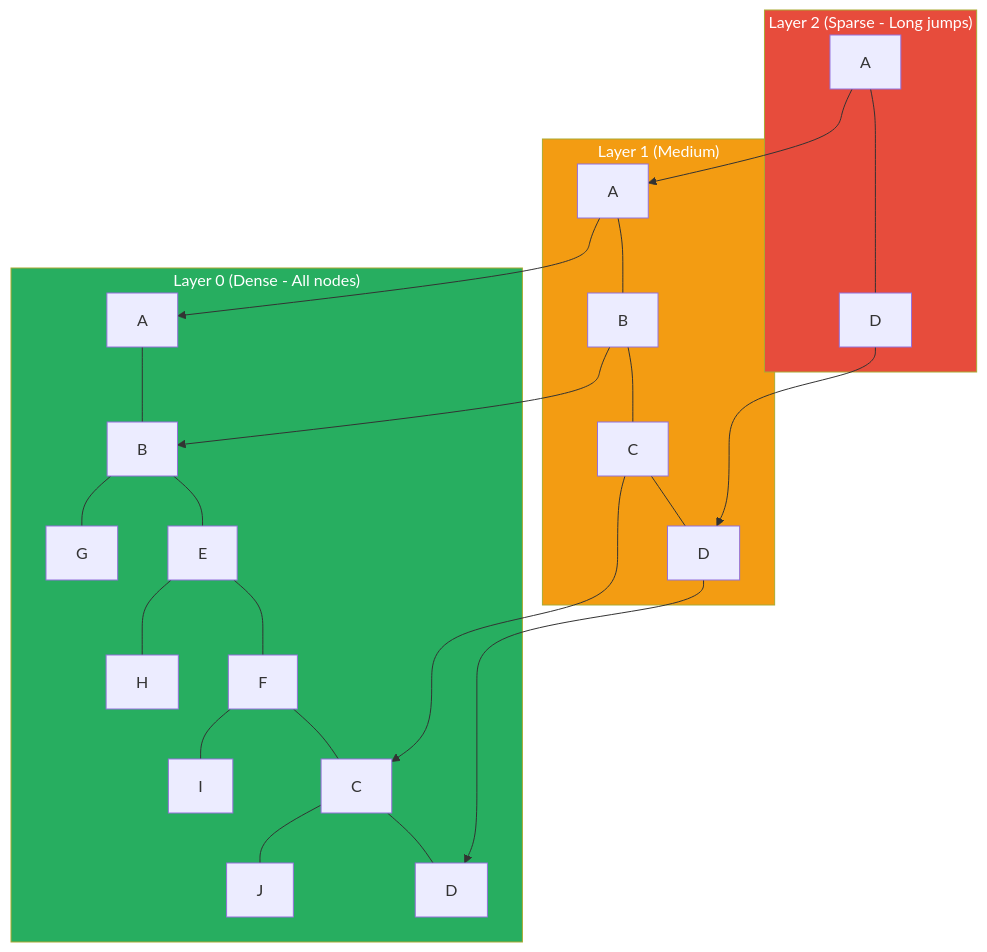
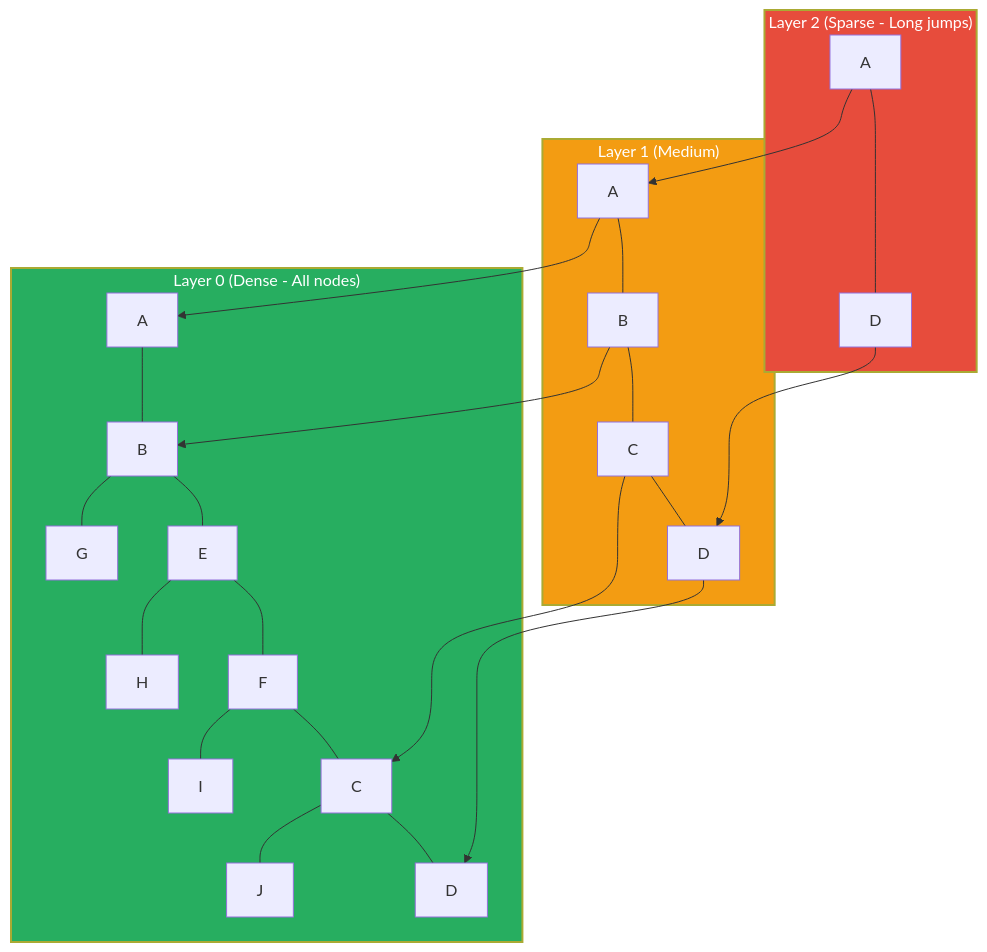
Before and after one commit to sampi02/amanmcp: the fourth of 8 diagrams in docs/concepts/vector-search-concepts.md, drawn with Mermaid. The commit also changed other lines of this file and 59 other files, not shown here.

````diff
--- a/docs/concepts/vector-search-concepts.md
+++ b/docs/concepts/vector-search-concepts.md
@@ -217,29 +305,33 @@
 ```mermaid
 flowchart TB
     subgraph L2["Layer 2 (Sparse - Long jumps)"]
         A2[A] ---- D2[D]
     end
 
     subgraph L1["Layer 1 (Medium)"]
         A1[A] --- B1[B] --- C1[C] --- D1[D]
     end
 
     subgraph L0["Layer 0 (Dense - All nodes)"]
         A0[A] --- B0[B] --- E0[E] --- F0[F] --- C0[C] --- D0[D]
         B0 --- G0[G]
         E0 --- H0[H]
         F0 --- I0[I]
         C0 --- J0[J]
     end
 
     A2 --> A1
     D2 --> D1
     A1 --> A0
     B1 --> B0
     C1 --> C0
     D1 --> D0
 
-    style L2 fill:#e74c3c,color:#fff
-    style L1 fill:#f39c12,color:#fff
-    style L0 fill:#27ae60,color:#fff
+    style L2 fill:#e74c3c,stroke-width:2px
+    style L1 fill:#f39c12,stroke-width:2px
+    style L0 fill:#27ae60,stroke-width:2px
+    
+    style L2 color:#FFFFFF
+    style L1 color:#FFFFFF
+    style L0 color:#FFFFFF
 ```
````
